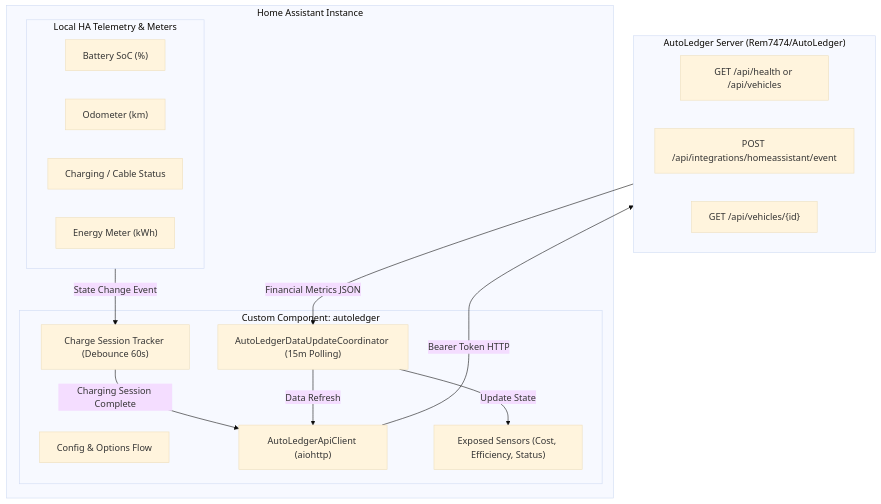
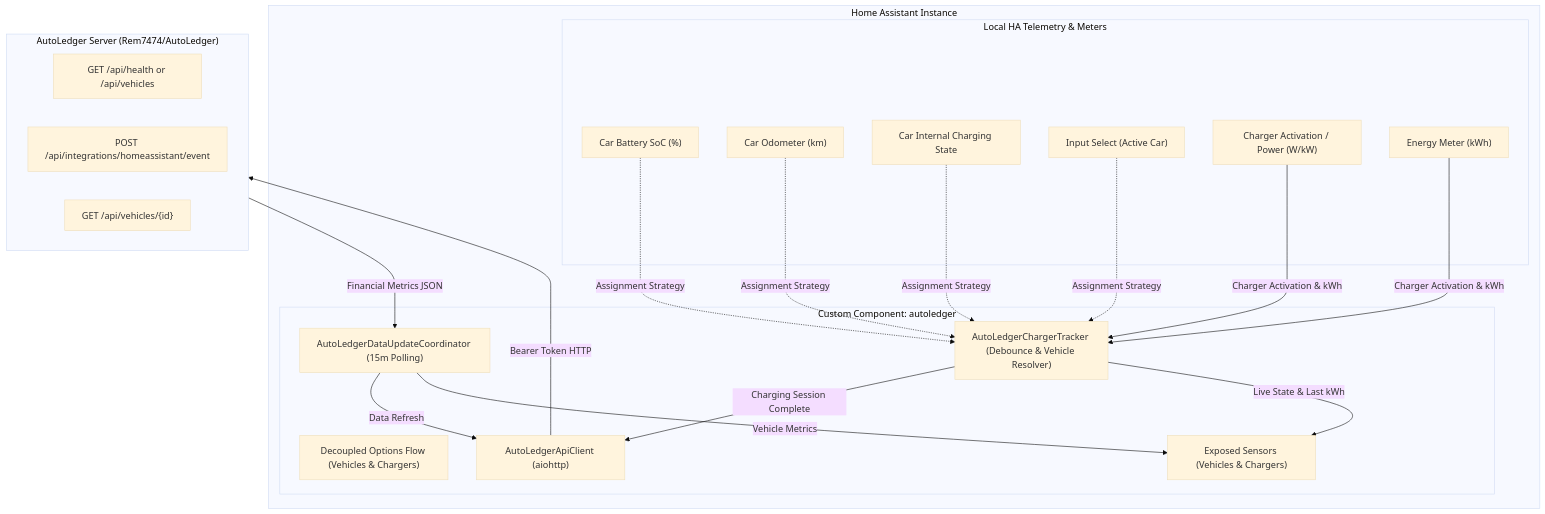
The diagram in README.md (Rem7474/autoledger-homeassistant), drawn with Mermaid (base theme) before and after one commit. The commit also changed other lines of this file and 16 other files, not shown here.

Commit message:
feat: decouple vehicles and charging stations with 4 assignment modes

````diff
--- a/README.md
+++ b/README.md
@@ -33,32 +37,36 @@
 ```mermaid
 flowchart TD
     subgraph HomeAssistant["Home Assistant Instance"]
         subgraph LocalEntities["Local HA Telemetry & Meters"]
-            CarBattery["Battery SoC (%)"]
-            CarOdo["Odometer (km)"]
-            CarPlug["Charging / Cable Status"]
+            CarBattery["Car Battery SoC (%)"]
+            CarOdo["Car Odometer (km)"]
+            CarState["Car Internal Charging State"]
+            InputSelect["Input Select (Active Car)"]
+            WallboxPower["Charger Activation / Power (W/kW)"]
             WallboxEnergy["Energy Meter (kWh)"]
         end
 
         subgraph Integration["Custom Component: autoledger"]
-            ConfigFlow["Config & Options Flow"]
-            StateTracker["Charge Session Tracker (Debounce 60s)"]
+            ConfigFlow["Decoupled Options Flow (Vehicles & Chargers)"]
+            ChargerTracker["AutoLedgerChargerTracker (Debounce & Vehicle Resolver)"]
             Coordinator["AutoLedgerDataUpdateCoordinator (15m Polling)"]
             APIClient["AutoLedgerApiClient (aiohttp)"]
-            Sensors["Exposed Sensors (Cost, Efficiency, Status)"]
+            Sensors["Exposed Sensors (Vehicles & Chargers)"]
         end
     end
 
     subgraph Backend["AutoLedger Server (Rem7474/AutoLedger)"]
         APIHealth["GET /api/health or /api/vehicles"]
         APIEvents["POST /api/integrations/homeassistant/event"]
         APIVehicles["GET /api/vehicles/{id}"]
     end
 
-    LocalEntities -->|State Change Event| StateTracker
-    StateTracker -->|Charging Session Complete| APIClient
+    WallboxPower & WallboxEnergy -->|Charger Activation & kWh| ChargerTracker
+    CarBattery & CarOdo & CarState & InputSelect -.->|Assignment Strategy| ChargerTracker
+    ChargerTracker -->|Charging Session Complete| APIClient
     Coordinator -->|Data Refresh| APIClient
     APIClient -->|Bearer Token HTTP| Backend
     Backend -->|Financial Metrics JSON| Coordinator
-    Coordinator -->|Update State| Sensors
+    Coordinator -->|Vehicle Metrics| Sensors
+    ChargerTracker -->|Live State & Last kWh| Sensors
 ```
````
